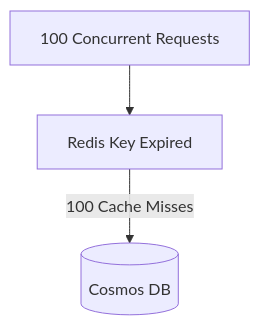
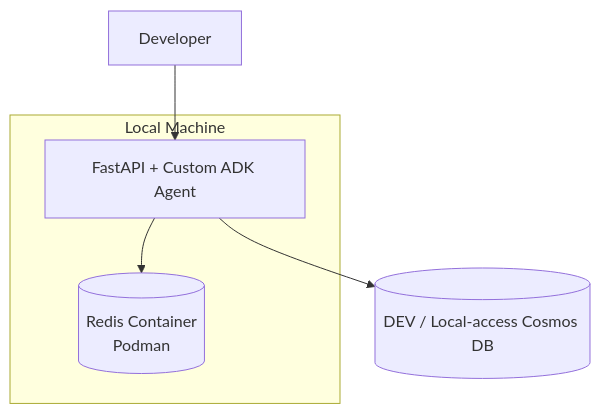
The first of 6 diagrams in README.md (raghav29061999/cicdautomation), drawn with Mermaid before and after one commit. The commit also changed other lines of this file, not shown here.

````diff
--- a/README.md
+++ b/README.md
@@ -1070,13 +126,21 @@
 ```mermaid
 flowchart TD
 
-    R[100 Concurrent Requests]
+    DEV[Developer]
 
-    REDIS[Redis Key Expired]
+    subgraph LOCAL[Local Machine]
 
-    COSMOS[(Cosmos DB)]
+        APP[FastAPI + Custom ADK Agent]
 
-    R --> REDIS
+        REDIS[(Redis Container<br/>Podman)]
 
-    REDIS -->|100 Cache Misses| COSMOS
+    end
+
+    COSMOS[(DEV / Local-access Cosmos DB)]
+
+    DEV --> APP
+
+    APP --> REDIS
+
+    APP --> COSMOS
 ```
````
